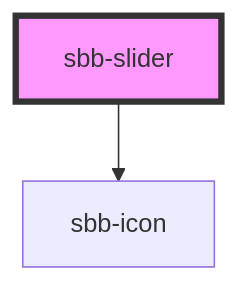
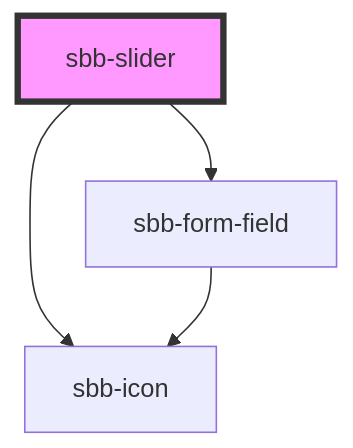
The diagram in src/components/sbb-slider/readme.md (sbb-design-systems/lyne-components), drawn with Mermaid before and after one commit. The commit also changed other lines of this file and 4 other files, not shown here.

Commit message:
feat: added prop to set start and end icons, wrapped sbb-range inside sbb-form-field

````diff
--- a/src/components/sbb-slider/readme.md
+++ b/src/components/sbb-slider/readme.md
@@ -33,5 +36,7 @@
 ```mermaid
 graph TD;
+  sbb-slider --> sbb-form-field
   sbb-slider --> sbb-icon
+  sbb-form-field --> sbb-icon
   style sbb-slider fill:#f9f,stroke:#333,stroke-width:4px
 ```
````
